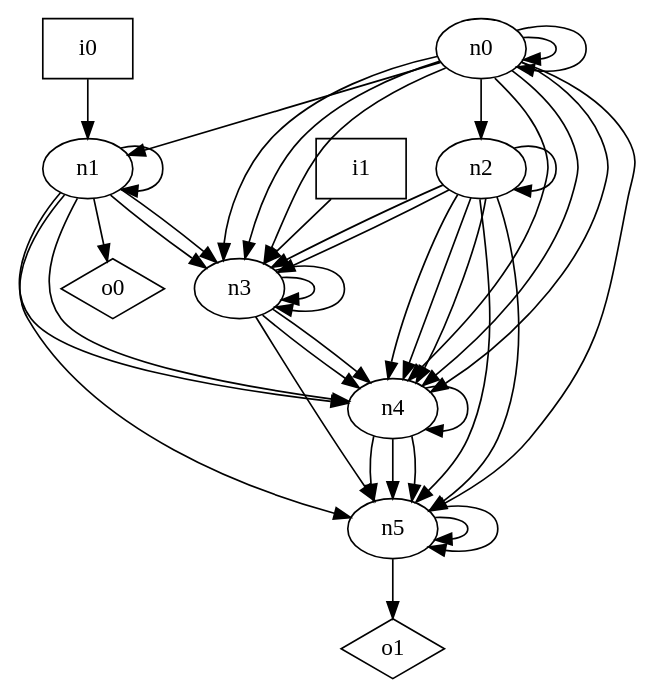
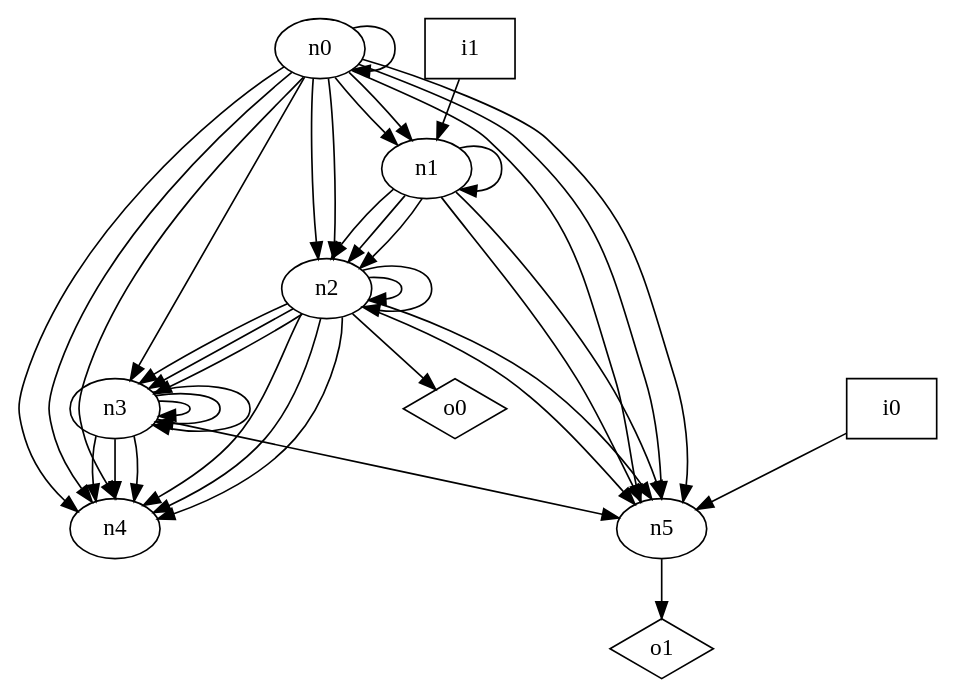
The diagram in dot_files/random_graph/DAG_graph.dot (p9romain/bool-circuits), drawn with Graphviz before and after one commit. The commit also changed 74 other files, not shown here.

```diff
--- a/dot_files/random_graph/DAG_graph.dot
+++ b/dot_files/random_graph/DAG_graph.dot
@@ -1,52 +1,51 @@
 digraph G {
 n0 [label="n0"];
 n1 [label="n1"];
 n2 [label="n2"];
 n3 [label="n3"];
 n4 [label="n4"];
 n5 [label="n5"];
 n6 [label="i0",shape="box"];
 n7 [label="i1",shape="box"];
 n8 [label="o0",shape="diamond"];
 n9 [label="o1",shape="diamond"];
 n0 -> n0
-n0 -> n0
+n0 -> n1
 n0 -> n1
 n0 -> n2
-n0 -> n3
-n0 -> n3
+n0 -> n2
 n0 -> n3
 n0 -> n4
 n0 -> n4
 n0 -> n4
 n0 -> n5
+n0 -> n5
+n0 -> n5
 n1 -> n1
-n1 -> n3
-n1 -> n3
-n1 -> n4
-n1 -> n4
+n1 -> n2
+n1 -> n2
+n1 -> n2
 n1 -> n5
-n1 -> n8
+n1 -> n5
 n2 -> n2
+n2 -> n2
+n2 -> n3
 n2 -> n3
 n2 -> n3
 n2 -> n4
 n2 -> n4
 n2 -> n4
 n2 -> n5
 n2 -> n5
+n2 -> n8
+n3 -> n3
 n3 -> n3
 n3 -> n3
 n3 -> n4
 n3 -> n4
+n3 -> n4
 n3 -> n5
-n4 -> n4
-n4 -> n5
-n4 -> n5
-n4 -> n5
-n5 -> n5
-n5 -> n5
 n5 -> n9
-n6 -> n1
-n7 -> n3
+n6 -> n5
+n7 -> n1
 }
```
